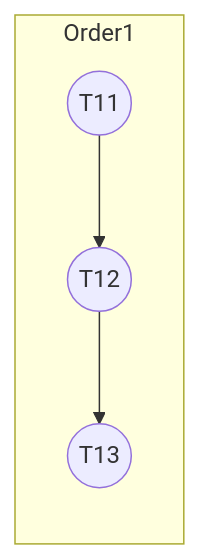
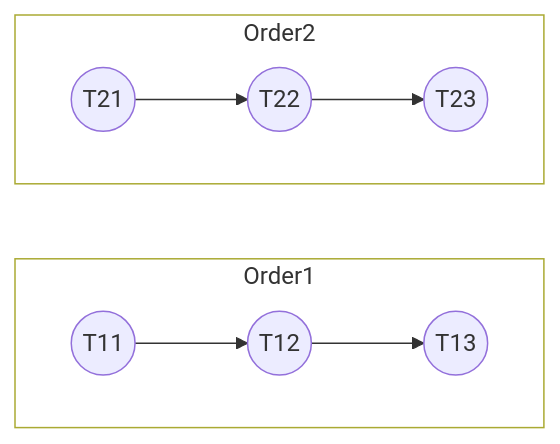
One commit to zen-xu/obsidian changed the diagram in 100 Notes/金融量化/交易所业务/SH L2 Order & Trade 关系.md. Above: the diagram before and after it, drawn with Mermaid. The commit also changed other lines of this file, not shown here.

Commit message:
vault backup: 2025-09-28 11:32:14

````diff
--- a/100 Notes/金融量化/交易所业务/SH L2 Order & Trade 关系.md
+++ b/100 Notes/金融量化/交易所业务/SH L2 Order & Trade 关系.md
@@ -7,9 +6,22 @@
 ```mermaid
-flowchart LR
+flowchart RL
+  T11@{ shape: circle}
+  T12@{ shape: circle}
+  T13@{ shape: circle}
+  T21@{ shape: circle}
+  T22@{ shape: circle}
+  T23@{ shape: circle}
+
   subgraph Order1
-	  T11@{ shape: circle}
-	  T12@{ shape: circle}
-	  T13@{ shape: circle}
+    direction LR
+    T11 --> T12 --> T13
   end
-  T11 --> T12 --> T13
+
+  subgraph Order2
+    direction LR
+    T21 --> T22 --> T23
+  end
+  
+  style Order1 fill:None
+  style Order2 fill:None
 ```
````
